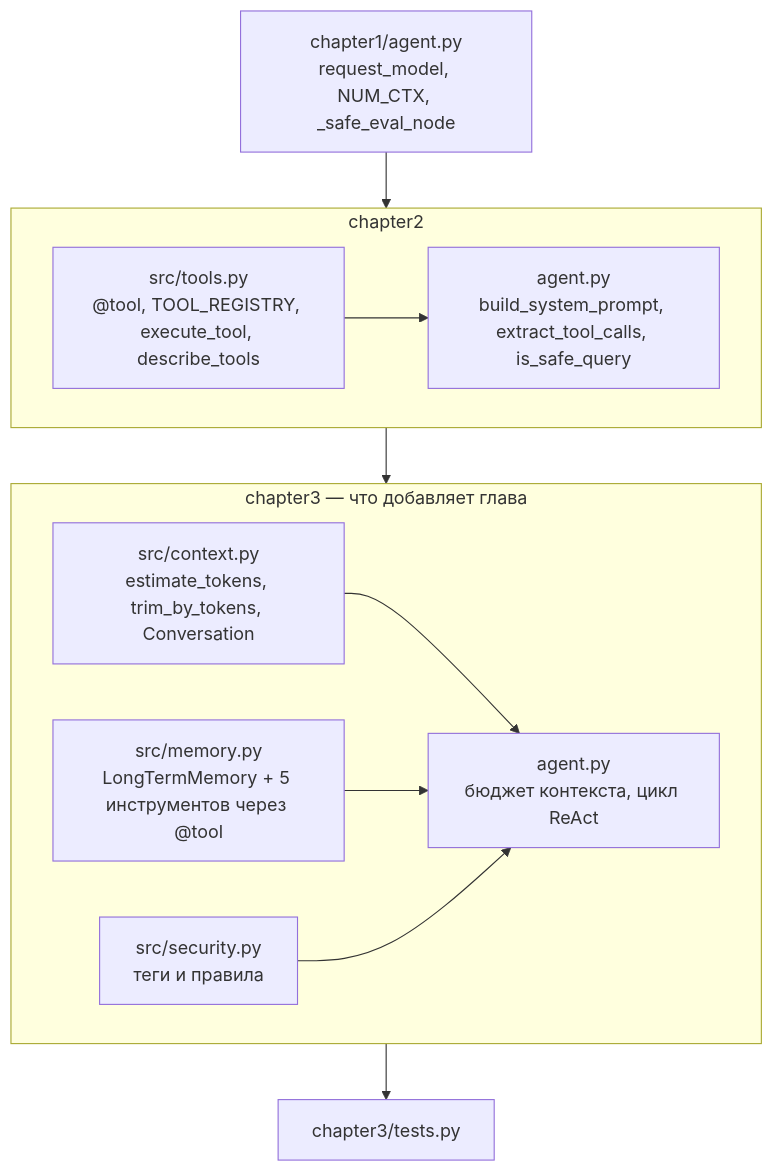
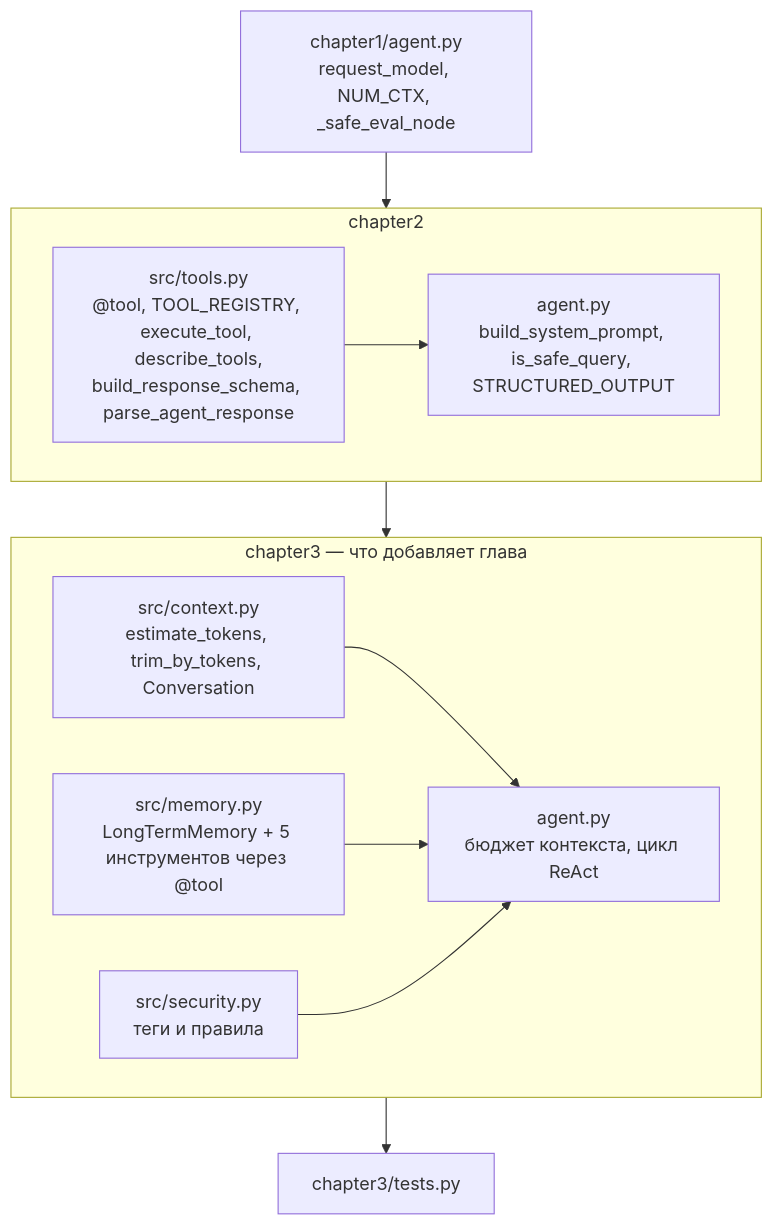
The fourth of 4 diagrams in chapter3/README.md (io982/firstAgent), drawn with Mermaid before and after one commit. The commit also changed other lines of this file and 10 other files, not shown here.

````diff
--- a/chapter3/README.md
+++ b/chapter3/README.md
@@ -824,24 +856,24 @@
 ```mermaid
 graph TD
     A["chapter1/agent.py<br/>request_model, NUM_CTX, _safe_eval_node"] --> B
 
     subgraph B["chapter2"]
-        B1["src/tools.py<br/>@tool, TOOL_REGISTRY, execute_tool, describe_tools"]
-        B2["agent.py<br/>build_system_prompt, extract_tool_calls, is_safe_query"]
+        B1["src/tools.py<br/>@tool, TOOL_REGISTRY, execute_tool, describe_tools,<br/>build_response_schema, parse_agent_response"]
+        B2["agent.py<br/>build_system_prompt, is_safe_query, STRUCTURED_OUTPUT"]
         B1 --> B2
     end
 
     B --> C
 
     subgraph C["chapter3 — что добавляет глава"]
         C1["src/context.py<br/>estimate_tokens, trim_by_tokens, Conversation"]
         C2["src/memory.py<br/>LongTermMemory + 5 инструментов через @tool"]
         C3["src/security.py<br/>теги и правила"]
         C4["agent.py<br/>бюджет контекста, цикл ReAct"]
         C1 --> C4
         C2 --> C4
         C3 --> C4
     end
 
     C --> D["chapter3/tests.py"]
 ```
````
